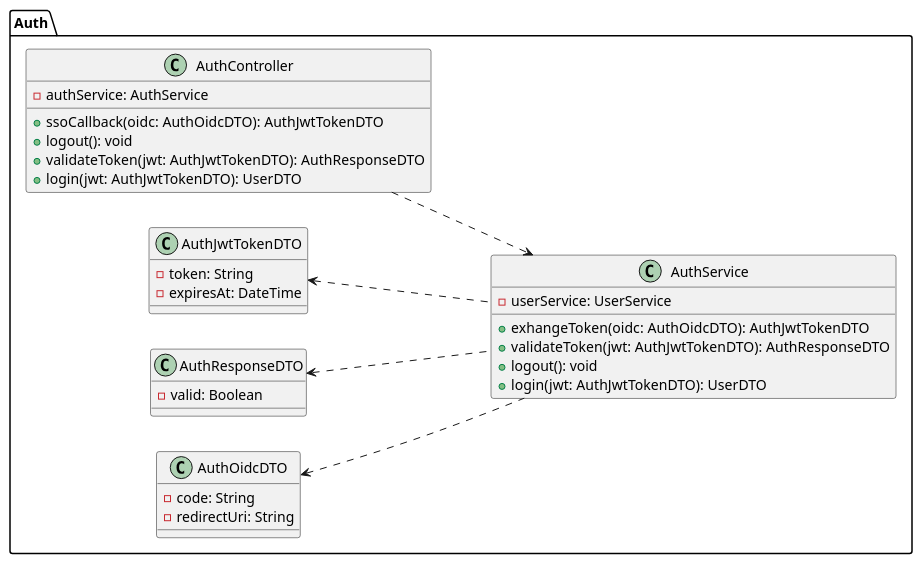
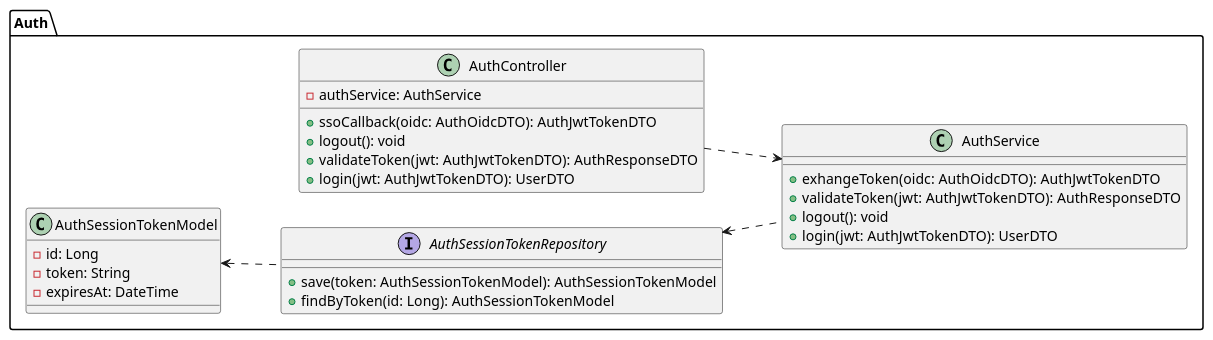
One commit to Dominik-Gubrynowicz/iu-ticket changed the diagram in UML/Class/Auth.puml. Above: the diagram before and after it, drawn with PlantUML. The commit also changed 5 other files, not shown here.

Commit message:
feat: update diagrams to include session storage

```diff
--- a/UML/Class/Auth.puml
+++ b/UML/Class/Auth.puml
@@ -1,39 +1,36 @@
 @startuml IUTicket Management System - Class Diagram
 left to right direction
 
 package "Auth" {
 
     class AuthController {
         -authService: AuthService
         +ssoCallback(oidc: AuthOidcDTO): AuthJwtTokenDTO
         +logout(): void
         +validateToken(jwt: AuthJwtTokenDTO): AuthResponseDTO
         +login(jwt: AuthJwtTokenDTO): UserDTO 
     }
     class AuthService {
-        -userService: UserService
         +exhangeToken(oidc: AuthOidcDTO): AuthJwtTokenDTO
         +validateToken(jwt: AuthJwtTokenDTO): AuthResponseDTO
         +logout(): void
         +login(jwt: AuthJwtTokenDTO): UserDTO
     }
 
-    class AuthJwtTokenDTO {
+    interface AuthSessionTokenRepository {
+        +save(token: AuthSessionTokenModel): AuthSessionTokenModel
+        +findByToken(id: Long): AuthSessionTokenModel
+    }
+
+    class AuthSessionTokenModel {
+        -id: Long
         -token: String
         -expiresAt: DateTime
-    }
-    class AuthResponseDTO {
-        -valid: Boolean
-    }
-    class AuthOidcDTO {
-        -code: String
-        -redirectUri: String
     }
 }
 
 AuthController ..> AuthService
-AuthJwtTokenDTO <.. AuthService
-AuthResponseDTO <.. AuthService
-AuthOidcDTO <.. AuthService
+AuthSessionTokenModel <.. AuthSessionTokenRepository
+AuthSessionTokenRepository <.. AuthService
 
 @enduml
```
